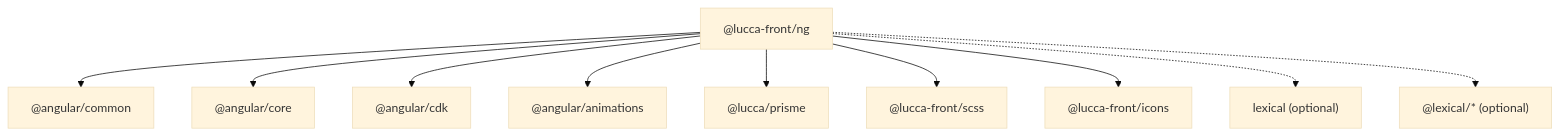
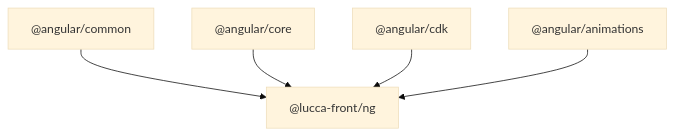
Before and after one commit to LuccaSA/lucca-front: the diagram in README.md, drawn with Mermaid (base theme).

Commit message:
* rework mermaid graph deps

````diff
--- a/README.md
+++ b/README.md
@@ -191,19 +191,11 @@
 ```mermaid
 graph TB
     ng["@lucca-front/ng"]
     
     %% Angular dependencies
-    ng --> angular_common["@angular/common"]
-    ng --> angular_core["@angular/core"]
-    ng --> angular_cdk["@angular/cdk"]
-    ng --> angular_animations["@angular/animations"]
+    angular_common["@angular/common"] --> ng
+    angular_core["@angular/core"] --> ng
+    angular_cdk["@angular/cdk"] --> ng
+    angular_animations["@angular/animations"] --> ng
     
-    %% Lucca packages
-    ng --> prisme["@lucca/prisme"]
-    ng --> scss["@lucca-front/scss"]
-    ng --> icons["@lucca-front/icons"]
-    
-    %% Rich text (optional)
-    ng -.-> lexical["lexical (optional)"]
-    ng -.-> lexical_plugins["@lexical/* (optional)"]
 ```
````
